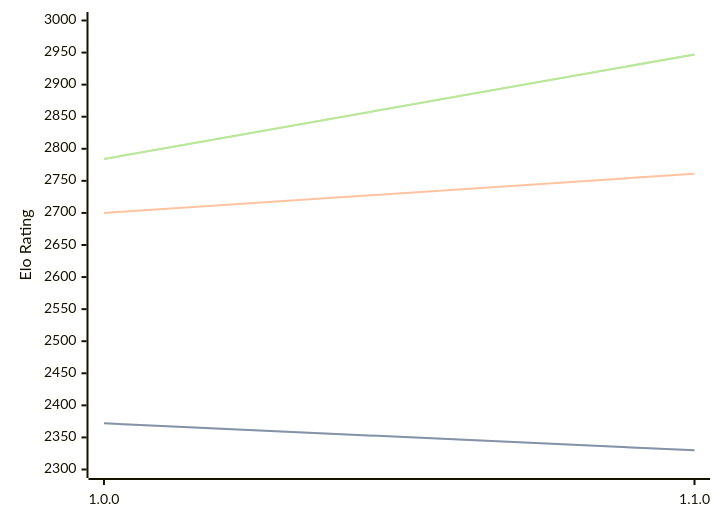
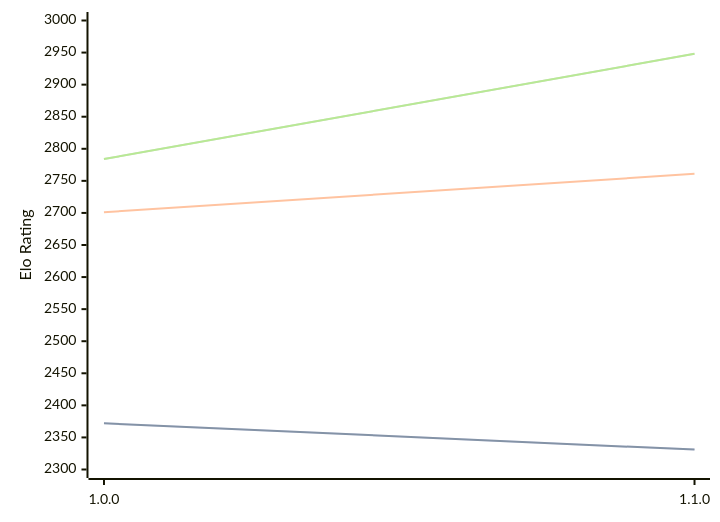
One commit to computer-chess-index/cci changed the diagram in engines/ShallowGuess.md. Above: the diagram before and after it, drawn with Mermaid. The commit also changed other lines of this file, not shown here.

Commit message:
Update CCI Ratings (ELO VLTC) - 2026-04-19

````diff
--- a/engines/ShallowGuess.md
+++ b/engines/ShallowGuess.md
@@ -36,11 +36,11 @@
 ```mermaid
 %%{init: {"theme":"base","themeVariables":{"seriesColors:['#a3a3a3','#222221','#faa371']}}}%%
 xychart-beta
   x-axis ["1.0.0", "1.1.0"]
   y-axis "Elo Rating" 2300 --> 3000
-  line "STC (8.0+0.08s)" [2372, 2330]
-  line "STC (8.0+0.08s)" [2372, 2330]
-  line "LTC (60.0+0.60s)" [2700, 2761]
-  line "VLTC (2m24s+1.12s)" [2784, 2947]
-  line "VLTC (2m24s+1.12s)" [2784, 2947]
+  line "STC (8.0+0.08s)" [2372, 2331]
+  line "STC (8.0+0.08s)" [2372, 2331]
+  line "LTC (60.0+0.60s)" [2701, 2761]
+  line "VLTC (2m24s+1.12s)" [2784, 2948]
+  line "VLTC (2m24s+1.12s)" [2784, 2948]
 ```
````
